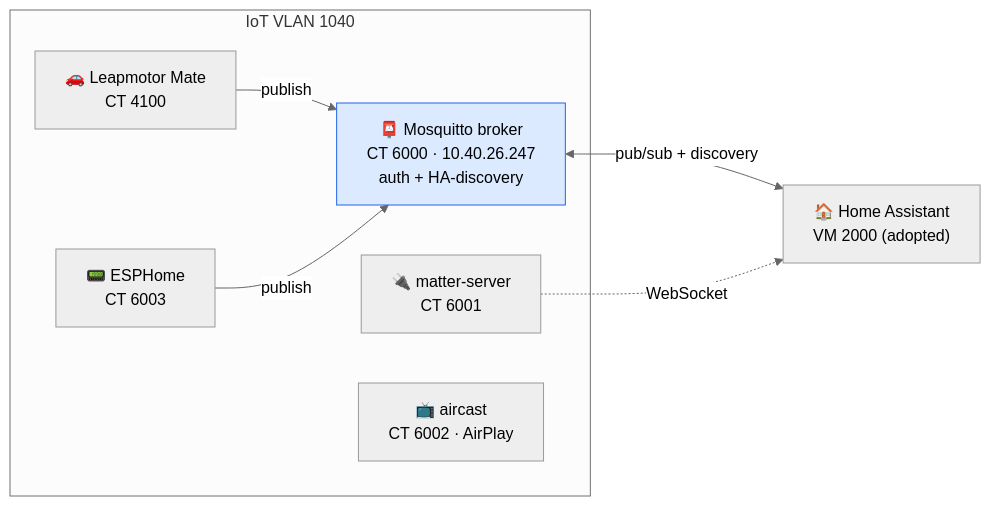
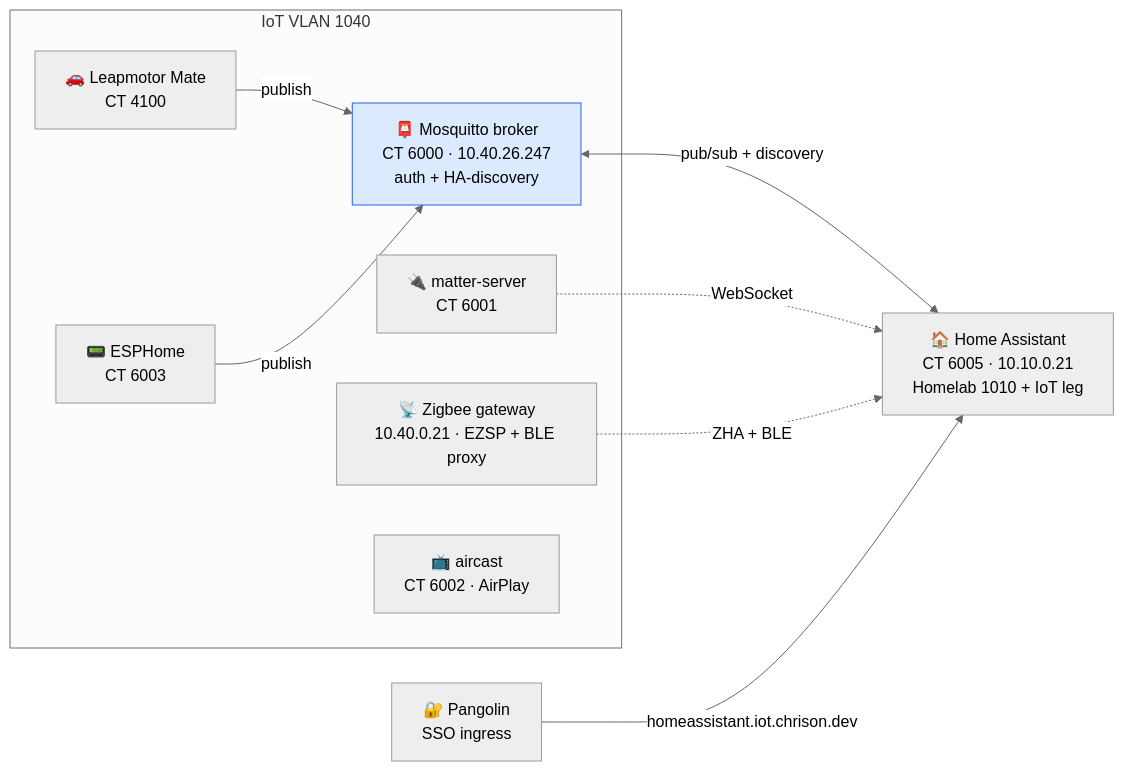
One commit to Chrison-Homelab/Homelab.Stacks.SmartHome changed the diagram in README.md. Above: the diagram before and after it, drawn with Mermaid (neutral theme). The commit also changed other lines of this file and 2 other files, not shown here.

Commit message:
Document the containerised Home Assistant

````diff
--- a/README.md
+++ b/README.md
@@ -14,19 +14,23 @@
 ```mermaid
 flowchart LR
   MATE["🚗 Leapmotor Mate<br/>CT 4100"] -->|publish| BROKER
   ESP["📟 ESPHome<br/>CT 6003"] -->|publish| BROKER
   BROKER["📮 Mosquitto broker<br/>CT 6000 · 10.40.26.247<br/>auth + HA-discovery"]
-  BROKER <-->|"pub/sub + discovery"| HA["🏠 Home Assistant<br/>VM 2000 (adopted)"]
+  BROKER <-->|"pub/sub + discovery"| HA
   MATTER["🔌 matter-server<br/>CT 6001"] -. "WebSocket" .-> HA
+  ZBGW["📡 Zigbee gateway<br/>10.40.0.21 · EZSP + BLE proxy"] -. "ZHA + BLE" .-> HA
   AIR["📺 aircast<br/>CT 6002 · AirPlay"]
+  HA["🏠 Home Assistant<br/>CT 6005 · 10.10.0.21<br/>Homelab 1010 + IoT leg"]
+  PANG["🔐 Pangolin<br/>SSO ingress"] -->|homeassistant.iot.chrison.dev| HA
 
   subgraph IOT["IoT VLAN 1040"]
     MATE
     ESP
     BROKER
     MATTER
     AIR
+    ZBGW
   end
   classDef bus fill:#dbeafe,stroke:#2563eb;
   class BROKER bus;
 ```
````
